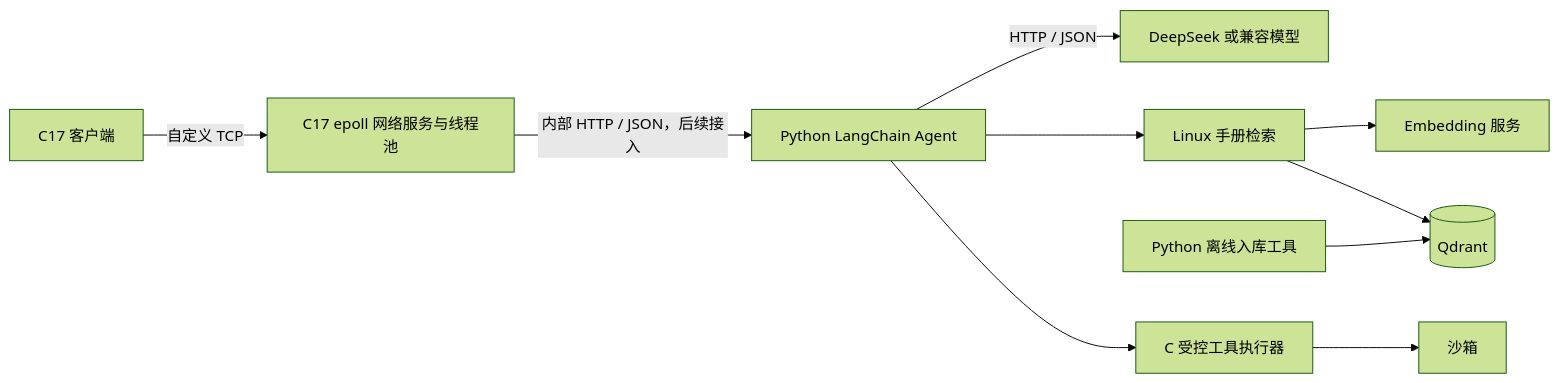
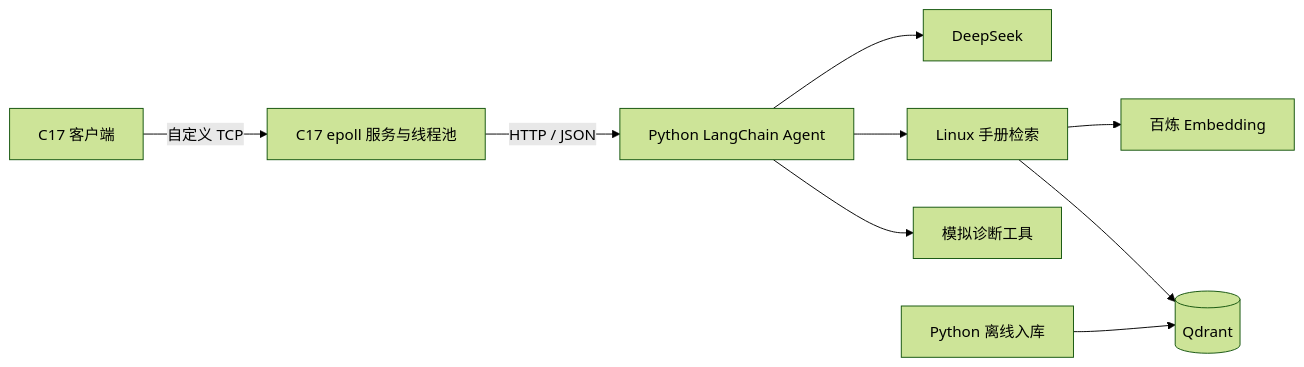
One commit to yiyi-tian/RAGent changed the diagram in README.md. Above: the diagram before and after it, drawn with Mermaid (forest theme). The commit also changed other lines of this file and 43 other files, not shown here.

Commit message:
feat: integrate DeepSeek agent, RAG workflow and local deployment

````diff
--- a/README.md
+++ b/README.md
@@ -13,12 +124,11 @@
 ```mermaid
 flowchart LR
-    C[C17 客户端] -->|自定义 TCP| N[C17 epoll 网络服务与线程池]
-    N -->|内部 HTTP / JSON，后续接入| A[Python LangChain Agent]
-    A -->|HTTP / JSON| L[DeepSeek 或兼容模型]
+    C[C17 客户端] -->|自定义 TCP| N[C17 epoll 服务与线程池]
+    N -->|HTTP / JSON| A[Python LangChain Agent]
+    A --> L[DeepSeek]
     A --> R[Linux 手册检索]
-    R --> E[Embedding 服务]
+    R --> E[百炼 Embedding]
     R --> Q[(Qdrant)]
-    A --> T[C 受控工具执行器]
-    T --> S[沙箱]
-    P[Python 离线入库工具] --> Q
+    A --> T[模拟诊断工具]
+    P[Python 离线入库] --> Q
 ```
````
